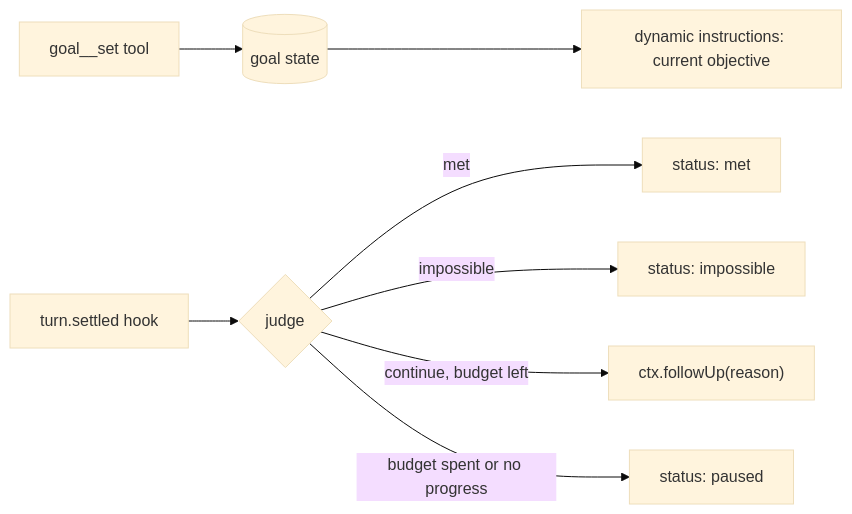
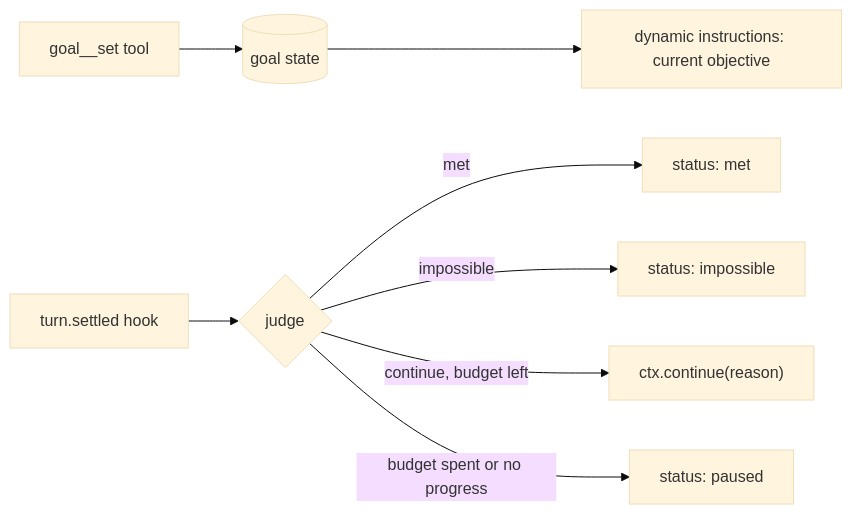
Before and after one commit to vercel/eve: the diagram in research/session-goals.md, drawn with Mermaid (base theme). The commit also changed other lines of this file, not shown here.

Commit message:
docs(research): rename the hook primitive to ctx.continue and record its note at intake

````diff
--- a/research/session-goals.md
+++ b/research/session-goals.md
@@ -112,10 +112,10 @@
 ```mermaid
 flowchart LR
   Set["goal__set tool"] --> State[("goal state")]
   State --> Instr["dynamic instructions: current objective"]
   Turn["turn.settled hook"] --> Judge{"judge"}
   Judge -->|met| Done["status: met"]
   Judge -->|impossible| Failed["status: impossible"]
-  Judge -->|continue, budget left| Cont["ctx.followUp(reason)"]
+  Judge -->|continue, budget left| Cont["ctx.continue(reason)"]
   Judge -->|budget spent or no progress| Paused["status: paused"]
 ```
````
